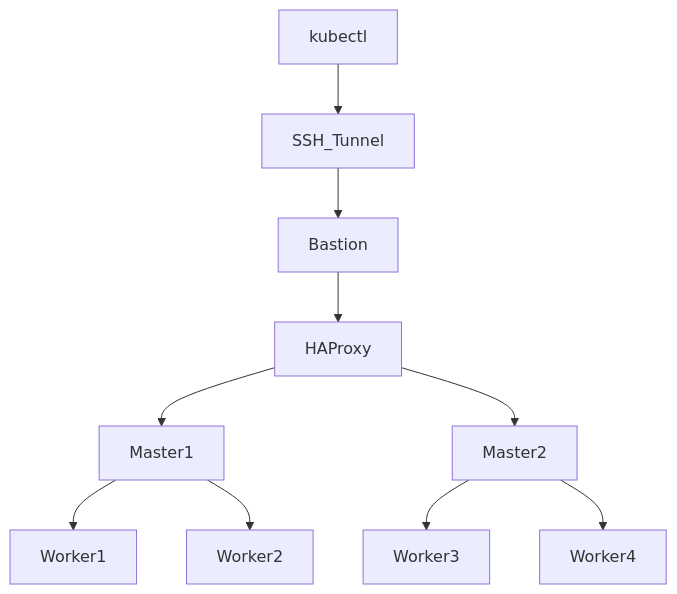
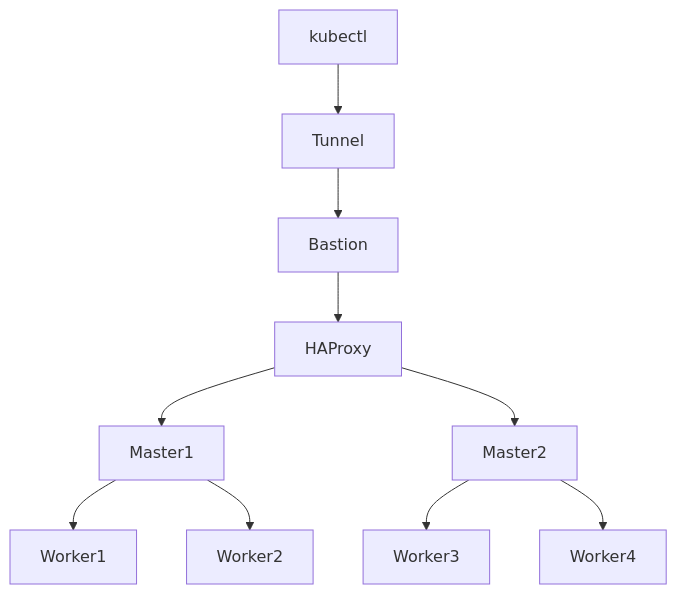
One commit to pve159/k3s-platform-demo changed the second of 4 diagrams in README.md. Above: the diagram before and after it, drawn with Mermaid. The commit also changed other lines of this file and 1 other file, not shown here.

````diff
--- a/README.md
+++ b/README.md
@@ -91,17 +118,17 @@
 ``` mermaid
 flowchart TD
 
-kubectl --> SSH_Tunnel
-SSH_Tunnel --> Bastion
+kubectl --> Tunnel
+Tunnel --> Bastion
 
 Bastion --> HAProxy
 
 HAProxy --> Master1
 HAProxy --> Master2
 
 Master1 --> Worker1
 Master1 --> Worker2
 
 Master2 --> Worker3
 Master2 --> Worker4
 ```
````
